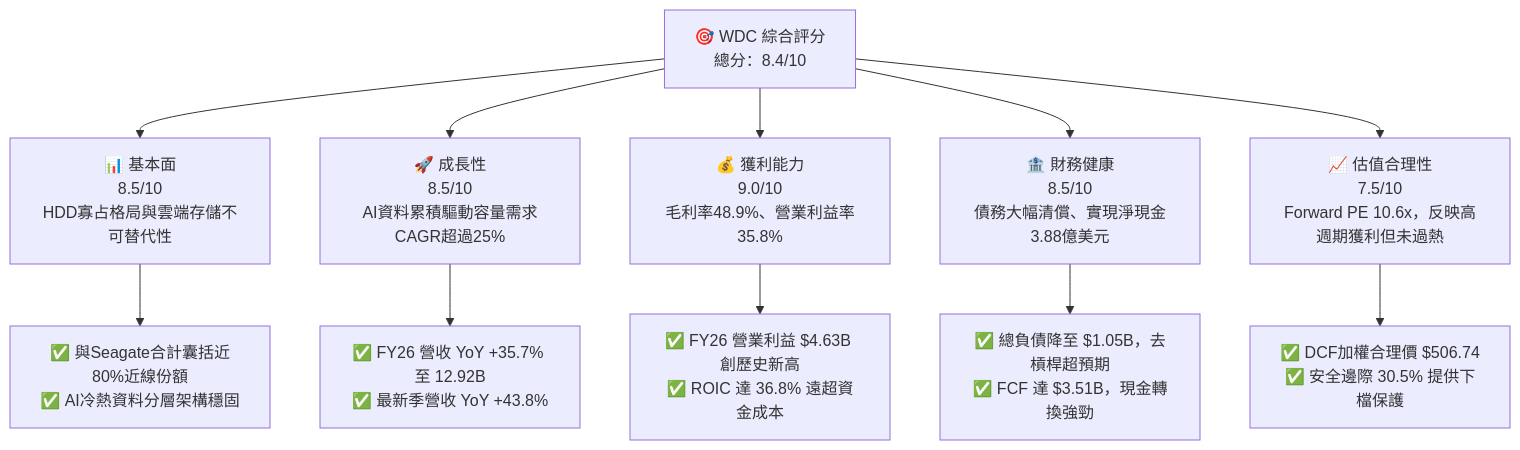
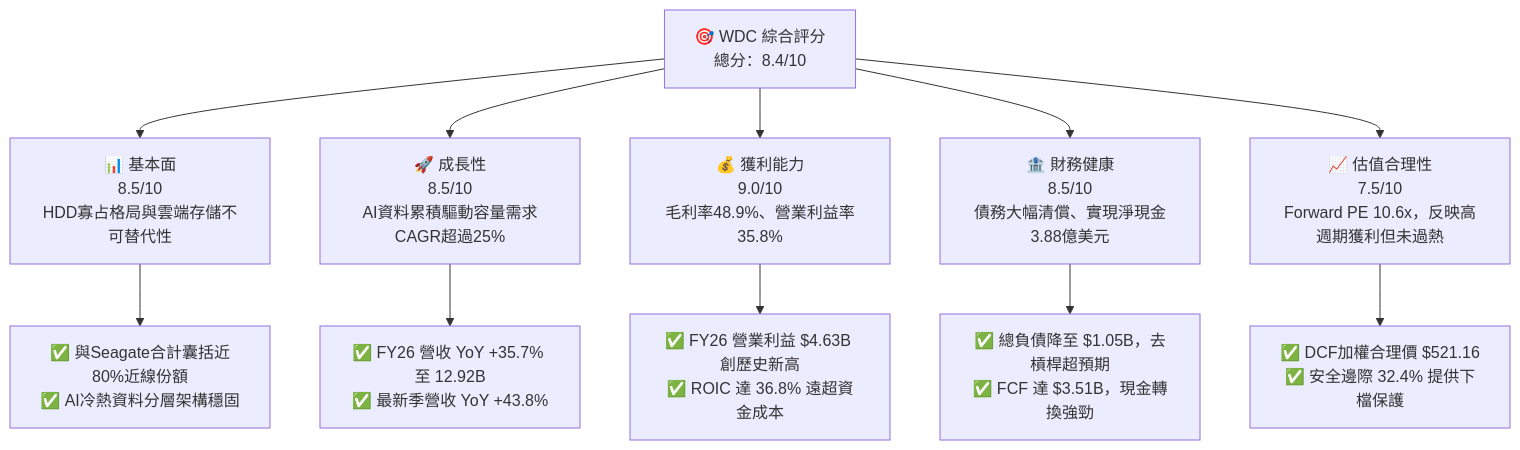
The first of 14 diagrams in ai_gen_report/fundamental/wdc/fundamental_analysis_2026-10-20_gemini.md (yennanliu/finance_data), drawn with Mermaid before and after one commit. The commit also changed other lines of this file and 339 other files, not shown here.

````diff
--- a/ai_gen_report/fundamental/wdc/fundamental_analysis_2026-10-20_gemini.md
+++ b/ai_gen_report/fundamental/wdc/fundamental_analysis_2026-10-20_gemini.md
@@ -60,22 +67,22 @@
 ```mermaid
 graph TD
     TICKER["🎯 WDC 綜合評分<br/>總分：8.4/10"]
 
     F["📊 基本面<br/>8.5/10<br/>HDD寡占格局與雲端存儲不可替代性"]
     G["🚀 成長性<br/>8.5/10<br/>AI資料累積驅動容量需求CAGR超過25%"]
     P["💰 獲利能力<br/>9.0/10<br/>毛利率48.9%、營業利益率35.8%"]
     B["🏦 財務健康<br/>8.5/10<br/>債務大幅清償、實現淨現金3.88億美元"]
     V["📈 估值合理性<br/>7.5/10<br/>Forward PE 10.6x，反映高週期獲利但未過熱"]
 
     TICKER --> F
     TICKER --> G
     TICKER --> P
     TICKER --> B
     TICKER --> V
 
     F --> F1["✅ 與Seagate合計囊括近80%近線份額<br/>✅ AI冷熱資料分層架構穩固"]
     G --> G1["✅ FY26 營收 YoY +35.7% 至 12.92B<br/>✅ 最新季營收 YoY +43.8%"]
     P --> P1["✅ FY26 營業利益 $4.63B 創歷史新高<br/>✅ ROIC 達 36.8% 遠超資金成本"]
     B --> B1["✅ 總負債降至 $1.05B，去槓桿超預期<br/>✅ FCF 達 $3.51B，現金轉換強勁"]
-    V --> V1["✅ DCF加權合理價 $506.74<br/>✅ 安全邊際 30.5% 提供下檔保護"]
+    V --> V1["✅ DCF加權合理價 $521.16<br/>✅ 安全邊際 32.4% 提供下檔保護"]
 ```
````
